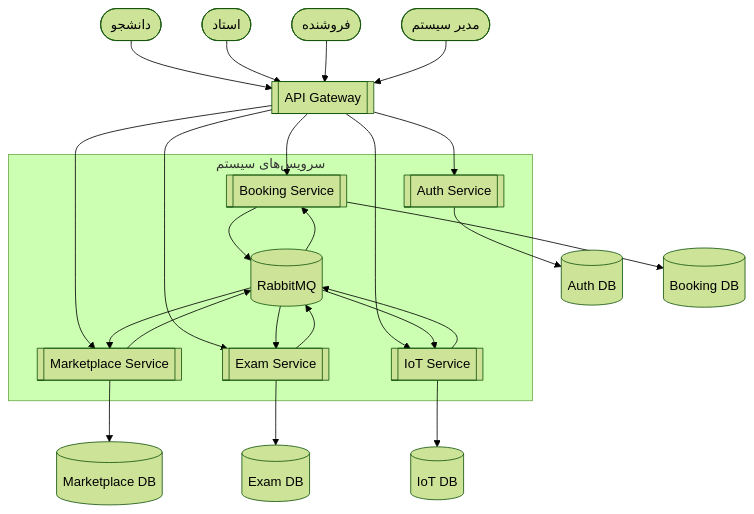
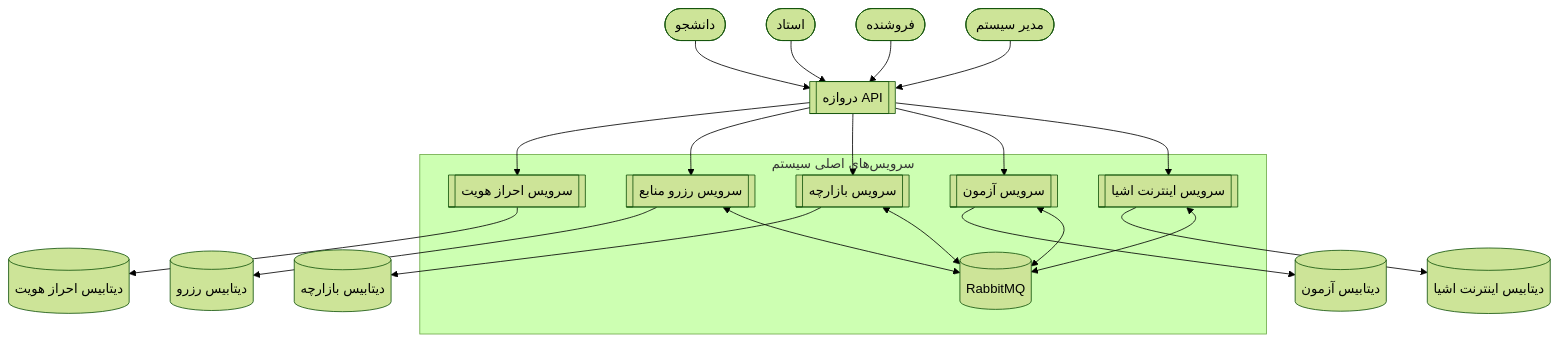
One commit to Amir-Goli-1383/test changed the third of 8 diagrams in README.md. Above: the diagram before and after it, drawn with Mermaid (forest theme). The commit also changed other lines of this file, not shown here.

````diff
--- a/README.md
+++ b/README.md
@@ -115,52 +106,34 @@
 ```mermaid
 flowchart TB
+    Student([دانشجو]) --> APIGateway[[دروازه API]]
+    Teacher([استاد]) --> APIGateway
+    Seller([فروشنده]) --> APIGateway
+    Admin([مدیر سیستم]) --> APIGateway
 
-    Student([دانشجو])
-    Teacher([استاد])
-    Seller([فروشنده])
-    Admin([مدیر سیستم])
-
-    APIGateway[[API Gateway]]
-
-    subgraph Services [سرویس‌های سیستم]
-        AuthService[[Auth Service]]
-        BookingService[[Booking Service]]
-        MarketplaceService[[Marketplace Service]]
-        ExamService[[Exam Service]]
-        IoTService[[IoT Service]]
+    subgraph Services [سرویس‌های اصلی سیستم]
+        AuthService[[سرویس احراز هویت]]
+        BookingService[[سرویس رزرو منابع]]
+        MarketplaceService[[سرویس بازارچه]]
+        ExamService[[سرویس آزمون]]
+        IoTService[[سرویس اینترنت اشیا]]
         MessageBroker[(RabbitMQ)]
     end
 
-    AuthDB[(Auth DB)]
-    BookingDB[(Booking DB)]
-    MarketDB[(Marketplace DB)]
-    ExamDB[(Exam DB)]
-    IoTDB[(IoT DB)]
+    AuthDB[(دیتابیس احراز هویت)]
+    BookingDB[(دیتابیس رزرو)]
+    MarketDB[(دیتابیس بازارچه)]
+    ExamDB[(دیتابیس آزمون)]
+    IoTDB[(دیتابیس اینترنت اشیا)]
 
-    Student --> APIGateway
-    Teacher --> APIGateway
-    Seller --> APIGateway
-    Admin --> APIGateway
-
-    APIGateway --> AuthService
-    APIGateway --> BookingService
-    APIGateway --> MarketplaceService
-    APIGateway --> ExamService
-    APIGateway --> IoTService
-
+    APIGateway --> AuthService & BookingService & MarketplaceService & ExamService & IoTService
     AuthService --> AuthDB
     BookingService --> BookingDB
     MarketplaceService --> MarketDB
     ExamService --> ExamDB
     IoTService --> IoTDB
 
-    MarketplaceService --> MessageBroker
-    BookingService --> MessageBroker
-    ExamService --> MessageBroker
-    IoTService --> MessageBroker
-
-    MessageBroker --> MarketplaceService
-    MessageBroker --> BookingService
-    MessageBroker --> ExamService
-    MessageBroker --> IoTService
+    MarketplaceService <--> MessageBroker
+    BookingService <--> MessageBroker
+    ExamService <--> MessageBroker
+    IoTService <--> MessageBroker
 ```
````
